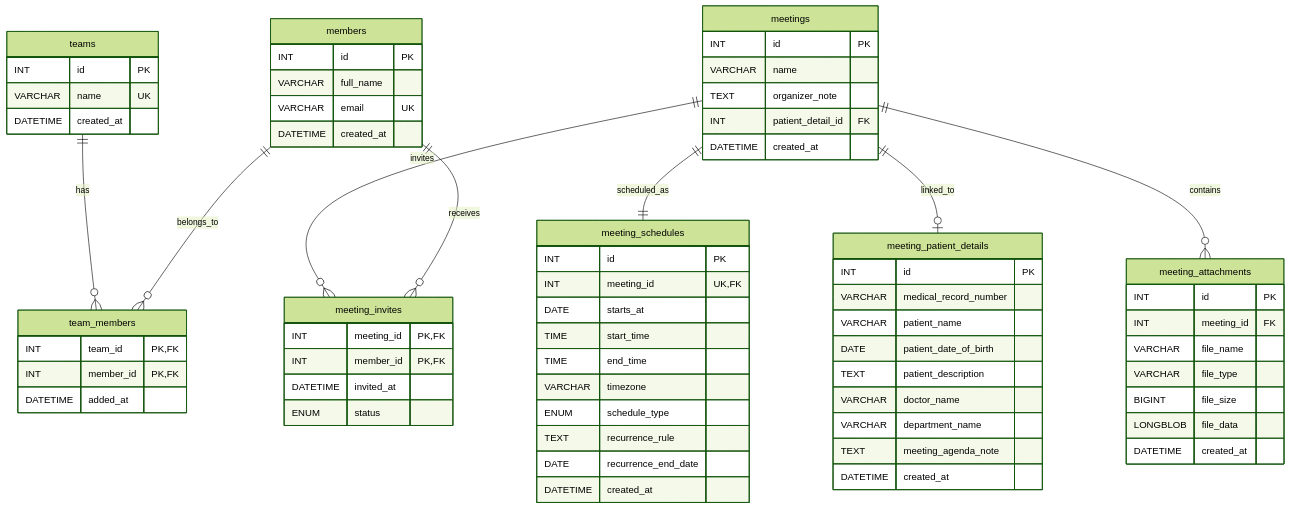
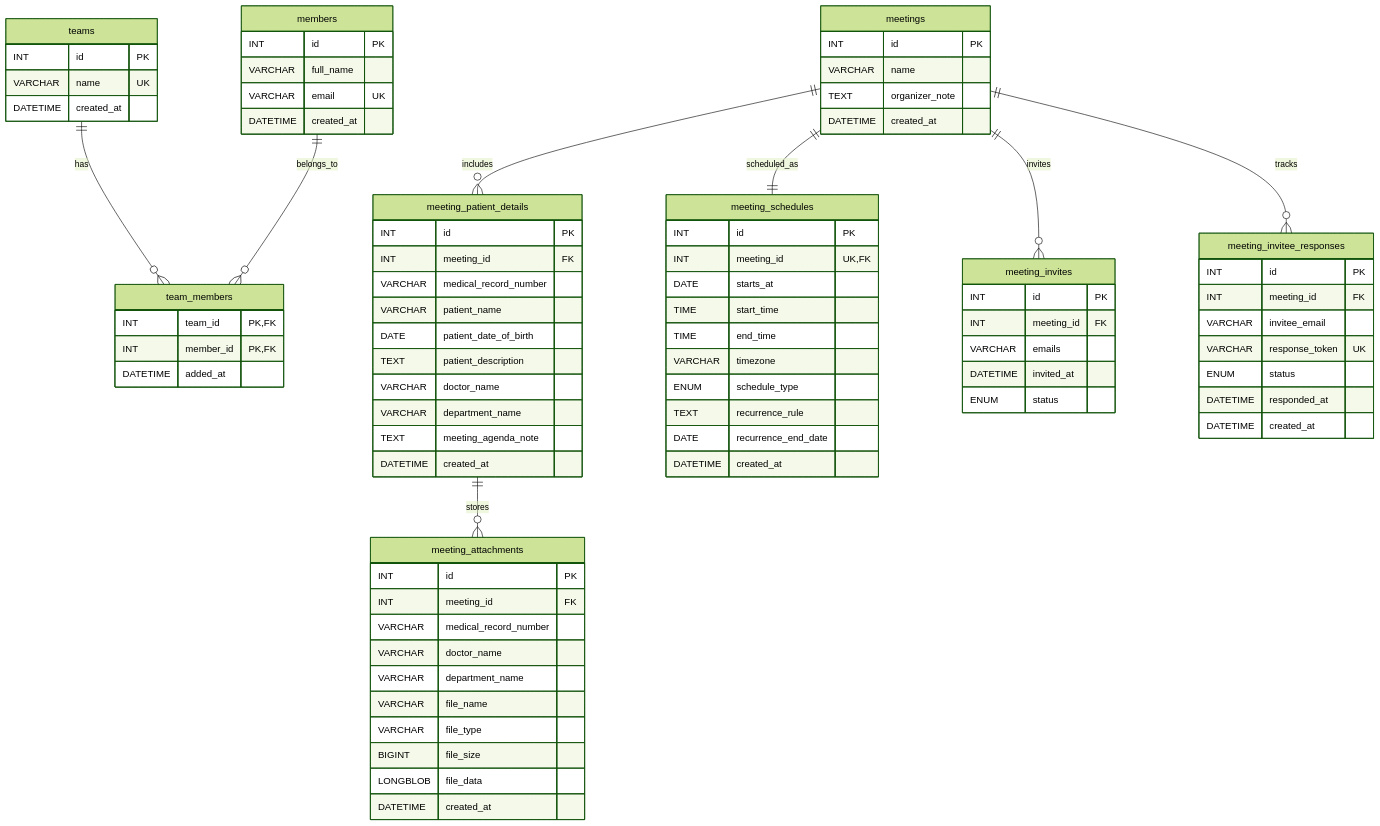
The diagram in ER_Diagram.md (NirajV/OpenAI-Codex-Meeting_WebInteraction_Application), drawn with Mermaid (forest theme) before and after one commit. The commit also changed other lines of this file and 7 other files, not shown here.

Commit message:
Email Response working now

````diff
--- a/ER_Diagram.md
+++ b/ER_Diagram.md
@@ -25,6 +25,7 @@
 
     meeting_patient_details {
         INT id PK
+        INT meeting_id FK
         VARCHAR medical_record_number
         VARCHAR patient_name
         DATE patient_date_of_birth
@@ -39,13 +40,15 @@
         INT id PK
         VARCHAR name
         TEXT organizer_note
-        INT patient_detail_id FK
         DATETIME created_at
     }
 
     meeting_attachments {
         INT id PK
         INT meeting_id FK
+        VARCHAR medical_record_number
+        VARCHAR doctor_name
+        VARCHAR department_name
         VARCHAR file_name
         VARCHAR file_type
         BIGINT file_size
@@ -67,18 +70,29 @@
     }
 
     meeting_invites {
-        INT meeting_id PK, FK
-        INT member_id PK, FK
+        INT id PK
+        INT meeting_id FK
+        VARCHAR emails
         DATETIME invited_at
         ENUM status
+    }
+
+    meeting_invitee_responses {
+        INT id PK
+        INT meeting_id FK
+        VARCHAR invitee_email
+        VARCHAR response_token UK
+        ENUM status
+        DATETIME responded_at
+        DATETIME created_at
     }
 
     teams ||--o{ team_members : has
     members ||--o{ team_members : belongs_to
 
     meetings ||--|| meeting_schedules : scheduled_as
-    meetings ||--o| meeting_patient_details : linked_to
-    meetings ||--o{ meeting_attachments : contains
+    meetings ||--o{ meeting_patient_details : includes
+    meeting_patient_details ||--o{ meeting_attachments : stores
     meetings ||--o{ meeting_invites : invites
-    members ||--o{ meeting_invites : receives
+    meetings ||--o{ meeting_invitee_responses : tracks
 ```
````
